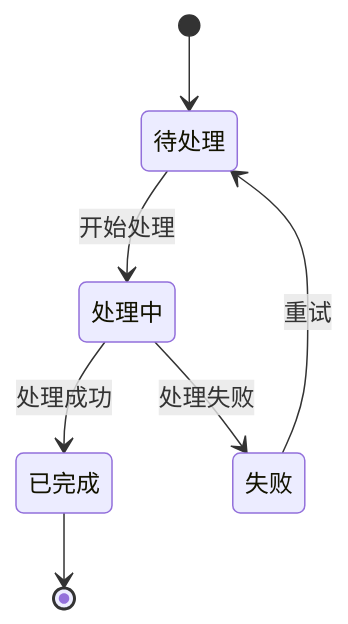
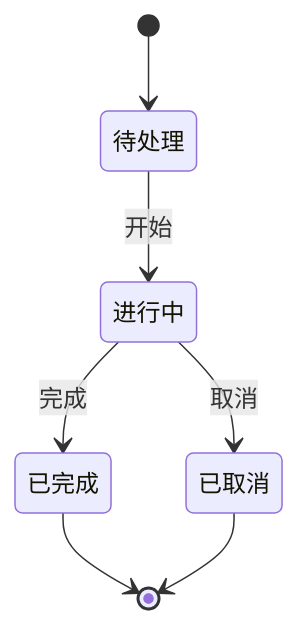
The eighth of 10 diagrams in skills/diagram-generator/SKILL.md (hongmaple0820/openclaw-dindin-chart), drawn with Mermaid before and after one commit. The commit also changed other lines of this file and 14 other files, not shown here.

````diff
--- a/skills/diagram-generator/SKILL.md
+++ b/skills/diagram-generator/SKILL.md
@@ -146,9 +170,9 @@
 ```mermaid
 stateDiagram-v2
     [*] --> 待处理
-    待处理 --> 处理中: 开始处理
-    处理中 --> 已完成: 处理成功
-    处理中 --> 失败: 处理失败
-    失败 --> 待处理: 重试
+    待处理 --> 进行中: 开始
+    进行中 --> 已完成: 完成
+    进行中 --> 已取消: 取消
     已完成 --> [*]
+    已取消 --> [*]
 ```
````
